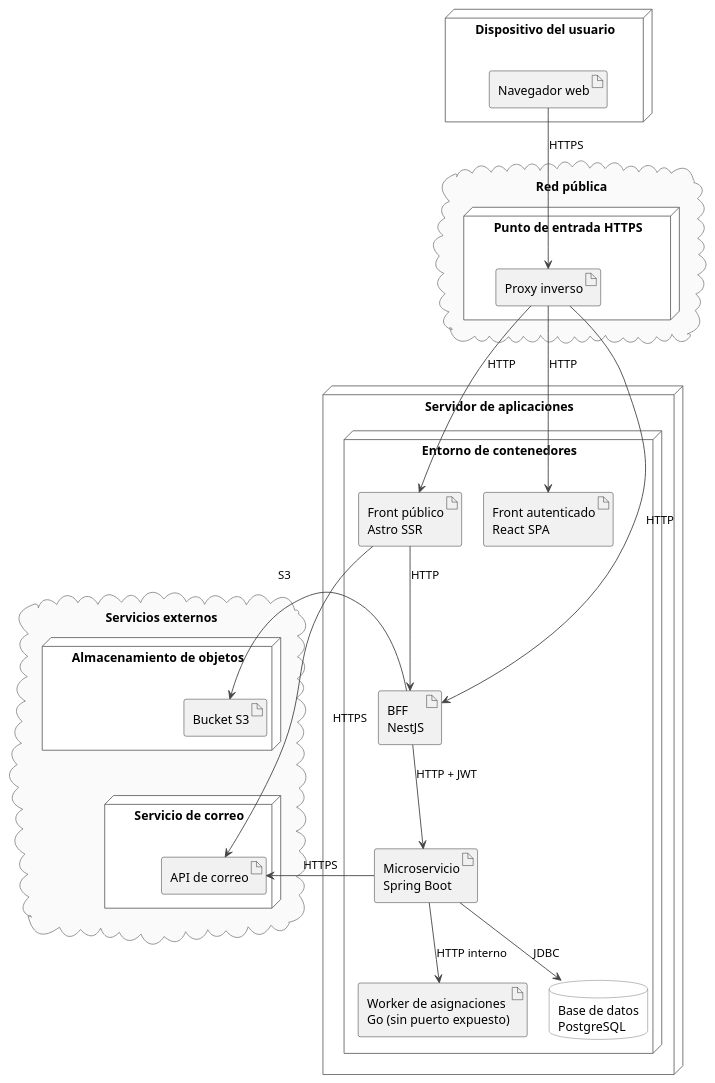
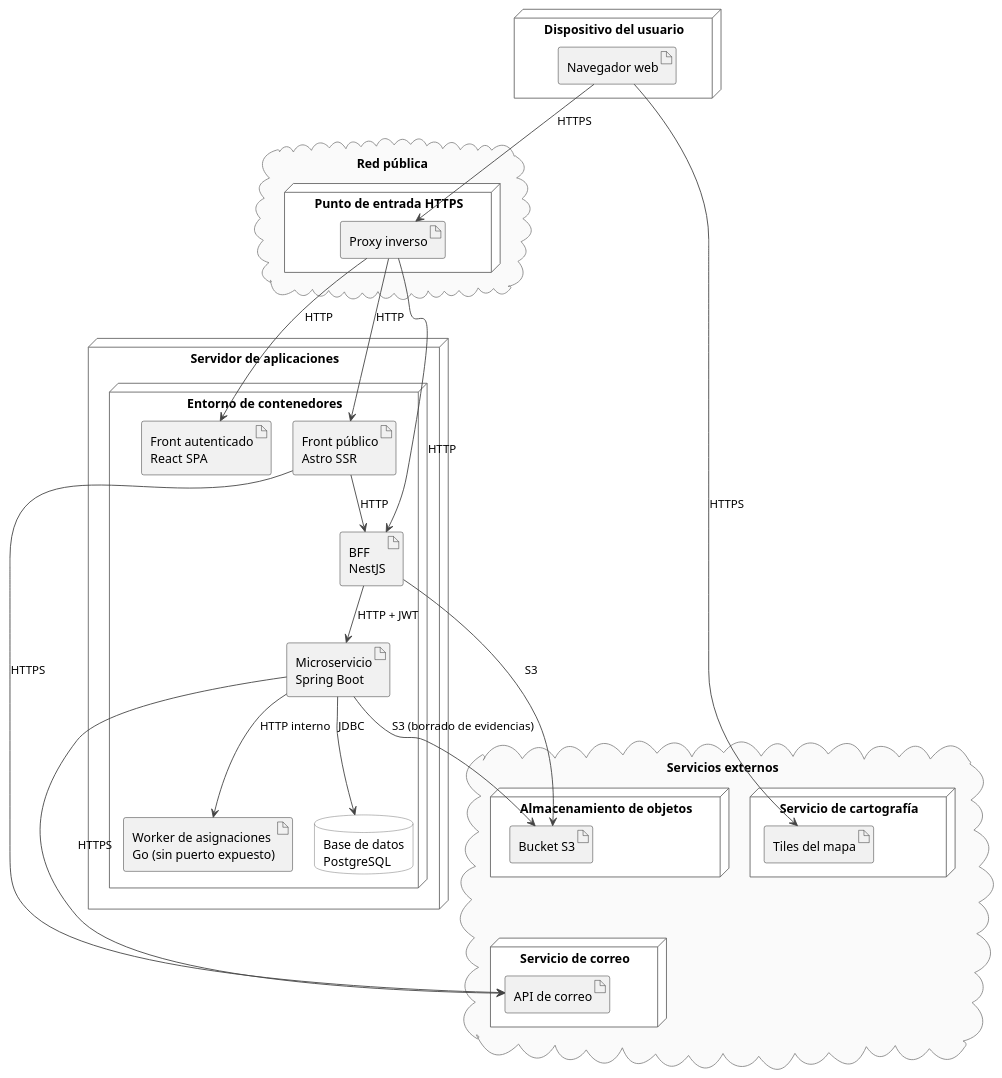
One commit to S21-Projects/hornero_monorepo changed the diagram in docs/tesis/diagramas/despliegue/general.puml. Above: the diagram before and after it, drawn with PlantUML. The commit also changed 7 other files, not shown here.

Commit message:
docs(tfg): add map tiles and evidence deletion to architecture diagrams

```diff
--- a/docs/tesis/diagramas/despliegue/general.puml
+++ b/docs/tesis/diagramas/despliegue/general.puml
@@ -1,67 +1,72 @@
 @startuml
 skinparam shadowing false
 skinparam defaultFontName Helvetica
 skinparam nodesep 25
 skinparam ranksep 45
 skinparam ArrowColor #444444
 skinparam node {
   BackgroundColor #FFFFFF
   BorderColor #666666
 }
 skinparam database {
   BackgroundColor #FFFFFF
   BorderColor #666666
 }
 skinparam cloud {
   BackgroundColor #FAFAFA
   BorderColor #888888
 }
 
 node "Dispositivo del usuario" as cliente {
   artifact "Navegador web" as navegador
 }
 
 cloud "Red pública" as internet {
   node "Punto de entrada HTTPS" as entrada {
     artifact "Proxy inverso" as proxy
   }
 }
 
 node "Servidor de aplicaciones" as servidor {
   node "Entorno de contenedores" as contenedores {
     artifact "Front público\nAstro SSR" as astro
     artifact "Front autenticado\nReact SPA" as admin
     artifact "BFF\nNestJS" as bff
     artifact "Microservicio\nSpring Boot" as ms
     artifact "Worker de asignaciones\nGo (sin puerto expuesto)" as worker
     database "Base de datos\nPostgreSQL" as db
   }
 }
 
 cloud "Servicios externos" as externos {
   node "Almacenamiento de objetos" as almacenamiento {
     artifact "Bucket S3" as bucket
   }
   node "Servicio de correo" as correo {
     artifact "API de correo" as mailer
   }
+  node "Servicio de cartografía" as cartografia {
+    artifact "Tiles del mapa" as tiles
+  }
 }
 
 navegador --> proxy : HTTPS
+navegador --> tiles : HTTPS
 
 proxy --> astro : HTTP
 proxy --> admin : HTTP
 proxy --> bff : HTTP
 
 astro --> bff : HTTP
 bff --> ms : HTTP + JWT
 ms --> db : JDBC
 ms --> worker : HTTP interno
 
 bff -right-> bucket : S3
+ms --> bucket : S3 (borrado de evidencias)
 astro --> mailer : HTTPS
 ms -right-> mailer : HTTPS
 
 bucket -[hidden]down- mailer
 
 @enduml
```
